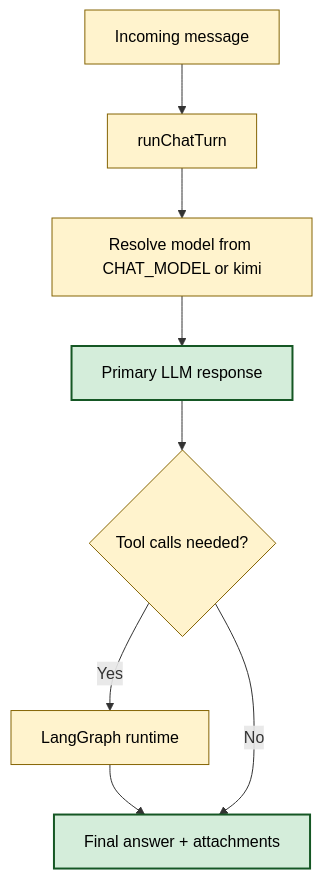
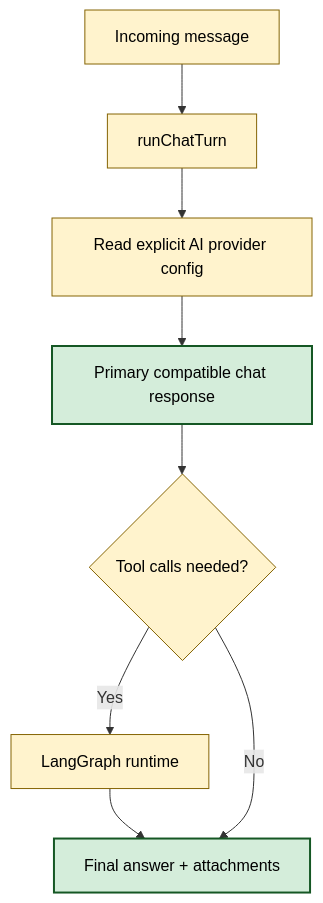
One commit to BokX1/Sage changed the diagram in docs/reference/MODELS.md. Above: the diagram before and after it, drawn with Mermaid. The commit also changed other lines of this file and 90 other files, not shown here.

````diff
--- a/docs/reference/MODELS.md
+++ b/docs/reference/MODELS.md
@@ -35,13 +35,13 @@
 ```mermaid
 flowchart TD
     classDef logic fill:#fff3cd,stroke:#856404,stroke-width:1px,color:black
     classDef model fill:#d4edda,stroke:#155724,stroke-width:2px,color:black
 
     A[Incoming message]:::logic --> B[runChatTurn]:::logic
-    B --> C[Resolve model from CHAT_MODEL or kimi]:::logic
-    C --> D[Primary LLM response]:::model
+    B --> C[Read explicit AI provider config]:::logic
+    C --> D[Primary compatible chat response]:::model
     D --> E{Tool calls needed?}:::logic
     E -->|Yes| F[LangGraph runtime]:::logic
     F --> G[Final answer + attachments]:::model
     E -->|No| G
 ```
````
